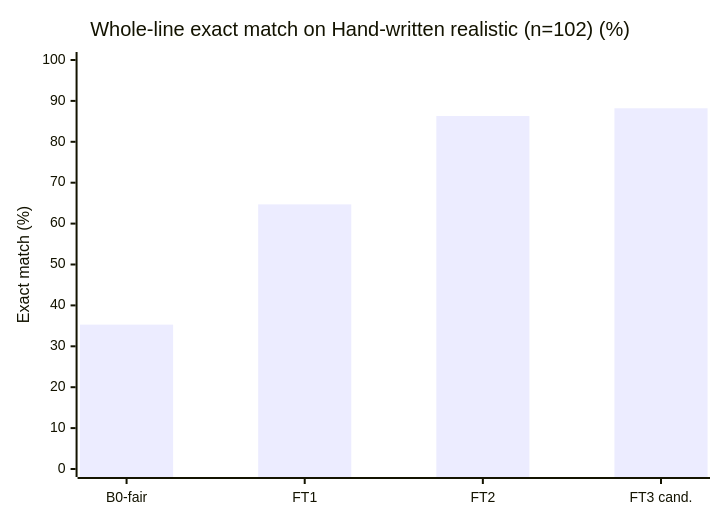
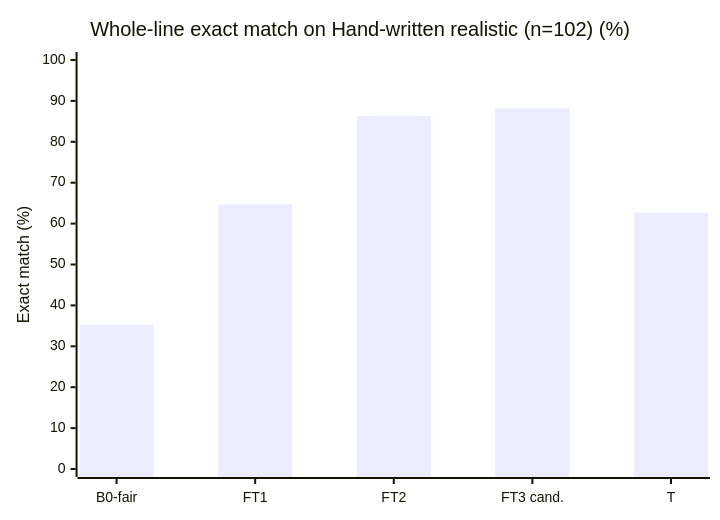
The first of 4 diagrams in eval/results.md (Vedant817/aaji-pill-clerk), drawn with Mermaid before and after one commit. The commit also changed other lines of this file and 8 other files, not shown here.

````diff
--- a/eval/results.md
+++ b/eval/results.md
@@ -153,7 +157,7 @@
 ```mermaid
 xychart-beta
     title "Whole-line exact match on Hand-written realistic (n=102) (%)"
-    x-axis ["B0-fair", "FT1", "FT2", "FT3 cand."]
+    x-axis ["B0-fair", "FT1", "FT2", "FT3 cand.", "T"]
     y-axis "Exact match (%)" 0 --> 100
-    bar [35.3, 64.7, 86.3, 88.2]
+    bar [35.3, 64.7, 86.3, 88.2, 62.7]
 ```
````
